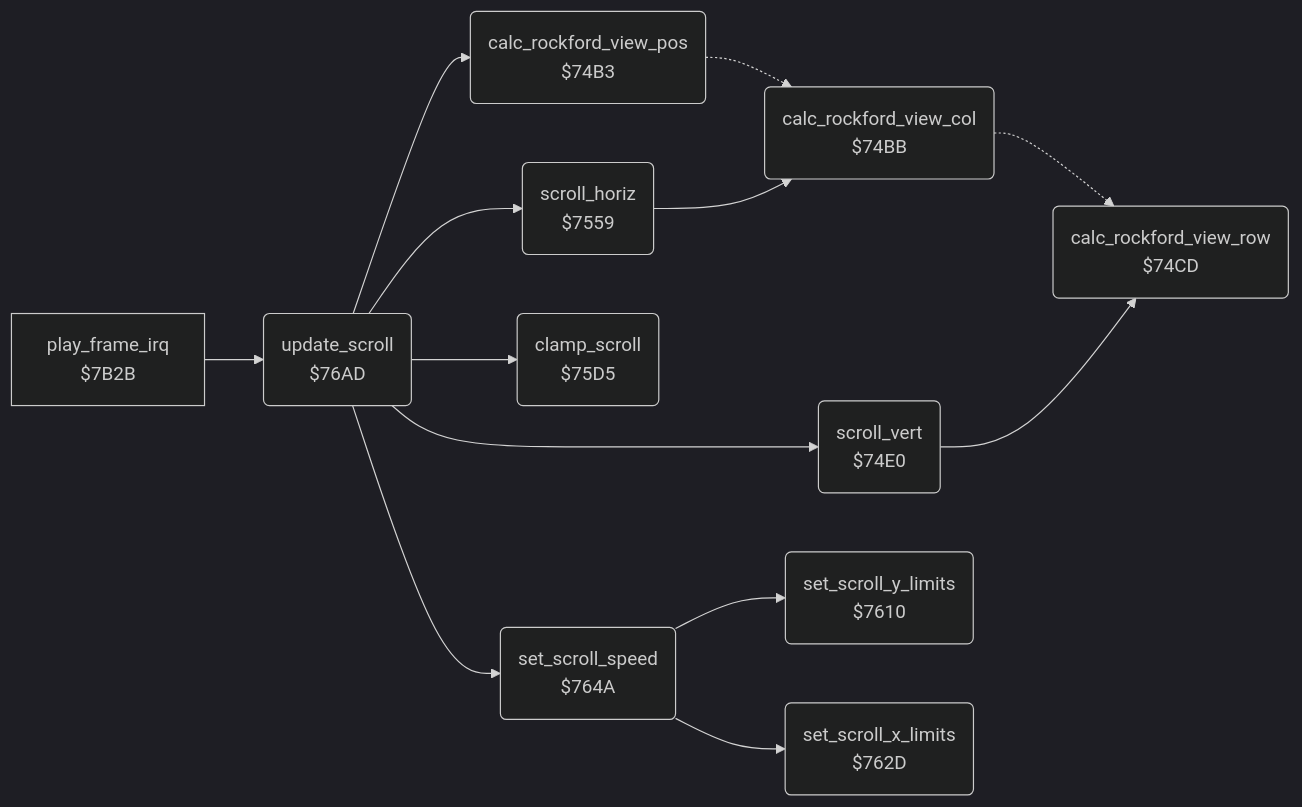
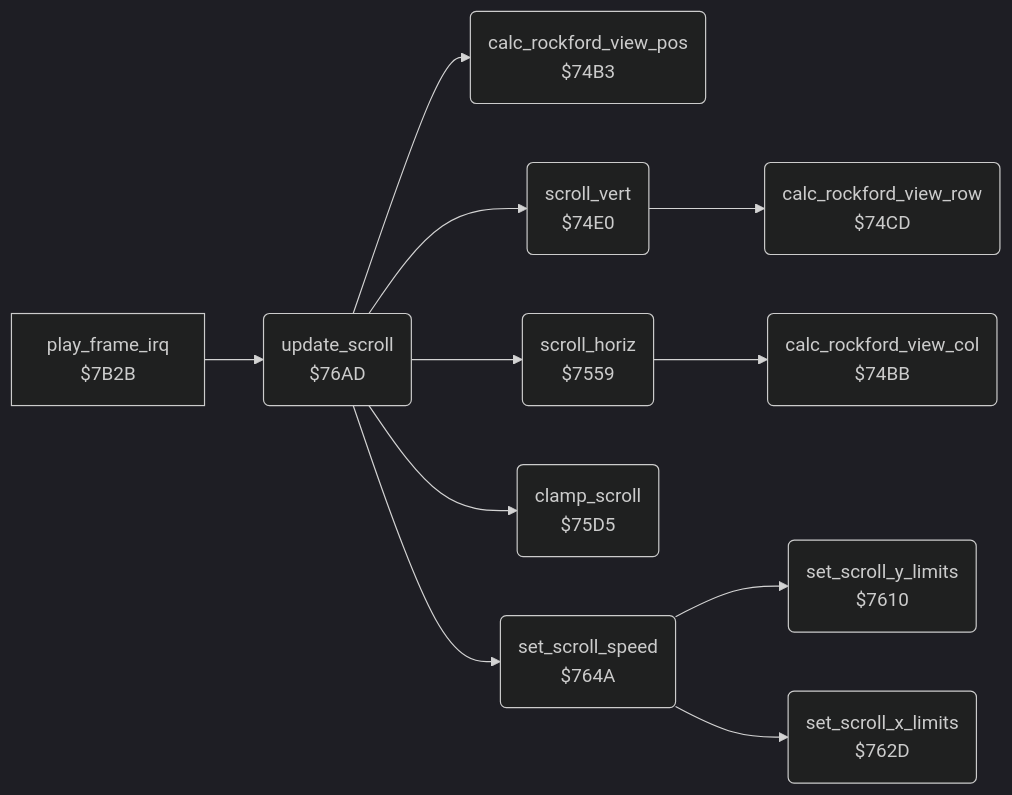
The diagram in boulder_dash/v1/docs/reference/modules/screen/scroll.md (henols/c64_games), drawn with Mermaid (dark theme) before and after one commit. The commit also changed other lines of this file and 1100 other files, not shown here.

````diff
--- a/boulder_dash/v1/docs/reference/modules/screen/scroll.md
+++ b/boulder_dash/v1/docs/reference/modules/screen/scroll.md
@@ -10,26 +34,24 @@
 ```mermaid
 flowchart LR
   n74b3("calc_rockford_view_pos<br/>$74B3")
   n74bb("calc_rockford_view_col<br/>$74BB")
   n74cd("calc_rockford_view_row<br/>$74CD")
   n74e0("scroll_vert<br/>$74E0")
   n7559("scroll_horiz<br/>$7559")
   n75d5("clamp_scroll<br/>$75D5")
   n7610("set_scroll_y_limits<br/>$7610")
   n762d("set_scroll_x_limits<br/>$762D")
   n764a("set_scroll_speed<br/>$764A")
   n76ad("update_scroll<br/>$76AD")
   n7b2b["play_frame_irq<br/>$7B2B"]
-  n74b3 -.-> n74bb
-  n74bb -.-> n74cd
   n74e0 --> n74cd
   n7559 --> n74bb
   n764a --> n7610
   n764a --> n762d
   n76ad --> n74b3
   n76ad --> n74e0
   n76ad --> n7559
   n76ad --> n75d5
   n76ad --> n764a
   n7b2b --> n76ad
 ```
````
